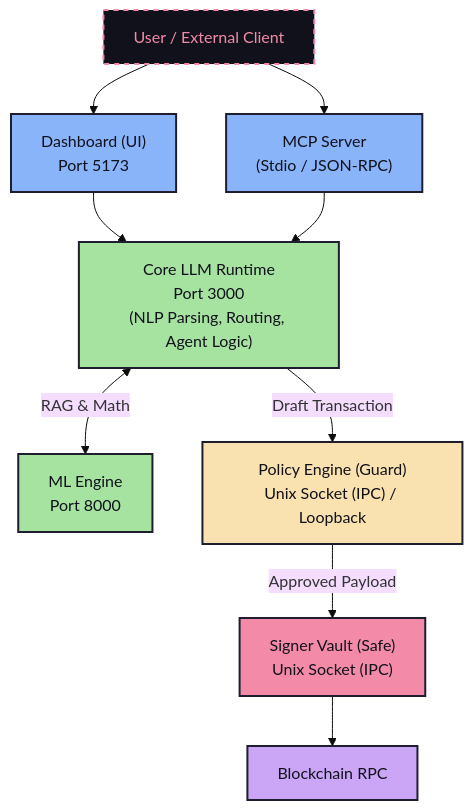
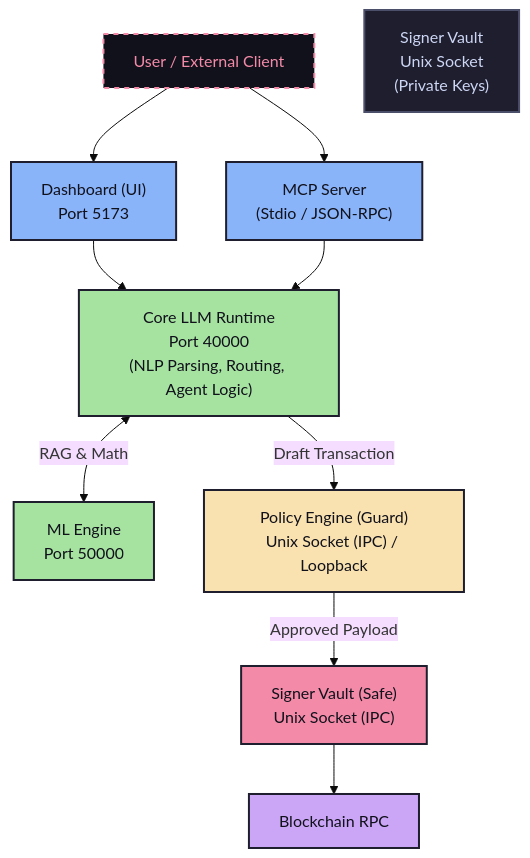
Before and after one commit to nyxoraAI/Nyxora: the diagram in README.md, drawn with Mermaid (base theme). The commit also changed other lines of this file and 39 other files, not shown here.

Commit message:
fix(launcher): resolve CORE_PORT reference and centralize service ports with docs update

````diff
--- a/README.md
+++ b/README.md
@@ -129,34 +129,34 @@
 ```mermaid
 graph TD
     classDef default fill:#1E1E2E,stroke:#4C4F69,stroke-width:2px,color:#CDD6F4;
     classDef external fill:#11111B,stroke:#F38BA8,stroke-width:2px,color:#F38BA8,stroke-dasharray: 5 5;
     classDef ui fill:#89B4FA,stroke:#1E1E2E,stroke-width:2px,color:#11111B;
     classDef core fill:#A6E3A1,stroke:#1E1E2E,stroke-width:2px,color:#11111B;
     classDef policy fill:#F9E2AF,stroke:#1E1E2E,stroke-width:2px,color:#11111B;
     classDef signer fill:#F38BA8,stroke:#1E1E2E,stroke-width:2px,color:#11111B;
     classDef blockchain fill:#CBA6F7,stroke:#1E1E2E,stroke-width:2px,color:#11111B;
 
     User["User / External Client"]:::external
 
     Dashboard["Dashboard (UI)<br/>Port 5173"]:::ui
     MCP["MCP Server<br/>(Stdio / JSON-RPC)"]:::ui
 
-    Core["Core LLM Runtime<br/>Port 3000<br/>(NLP Parsing, Routing, Agent Logic)"]:::core
-
-    ML["ML Engine<br/>Port 8000"]:::core
+    Core["Core LLM Runtime<br/>Port 40000<br/>(NLP Parsing, Routing, Agent Logic)"]:::core
+    Vault["Signer Vault<br/>Unix Socket<br/>(Private Keys)"]:::secure
+    ML["ML Engine<br/>Port 50000"]:::core
     Policy["Policy Engine (Guard)<br/>Unix Socket (IPC) / Loopback"]:::policy
     Signer["Signer Vault (Safe)<br/>Unix Socket (IPC)"]:::signer
 
     RPC["Blockchain RPC"]:::blockchain
 
     User --> Dashboard
     User --> MCP
 
     Dashboard --> Core
     MCP --> Core
 
     Core <-->|" RAG & Math "| ML
     Core -->|" Draft Transaction "| Policy
     Policy -->|" Approved Payload "| Signer
     Signer --> RPC
 ```
````
